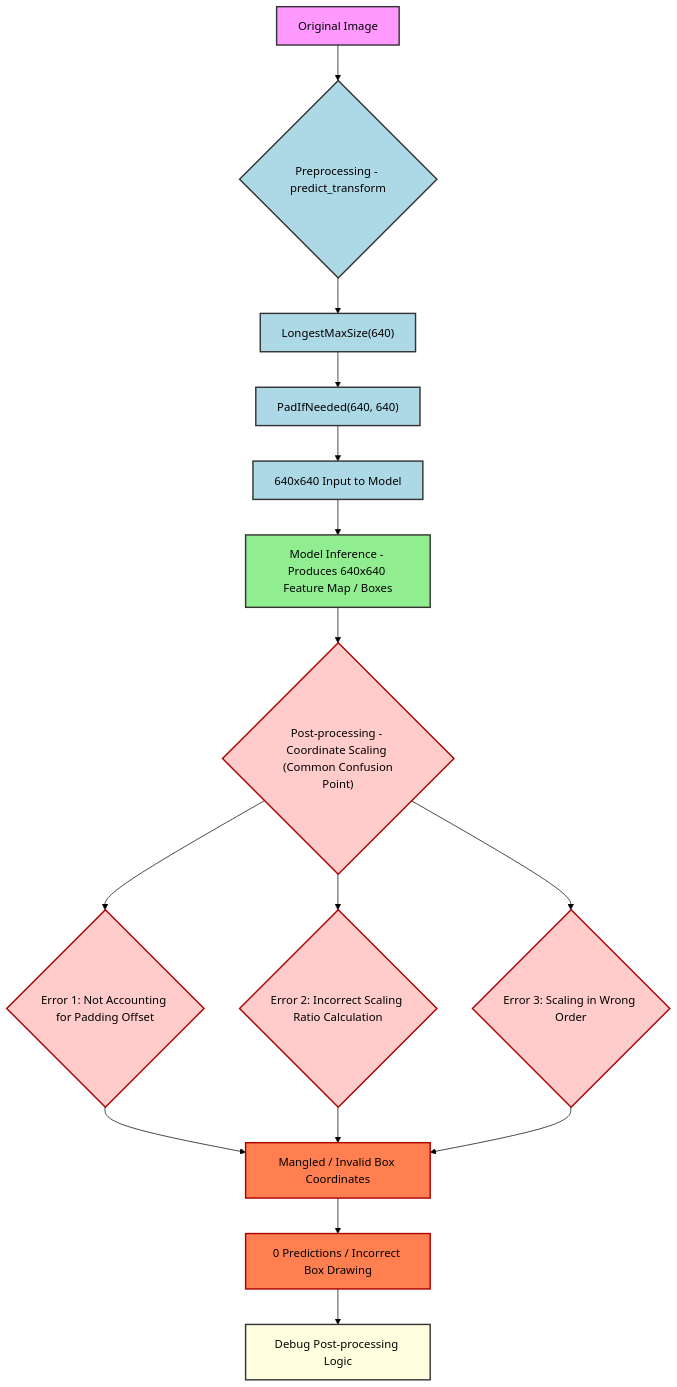
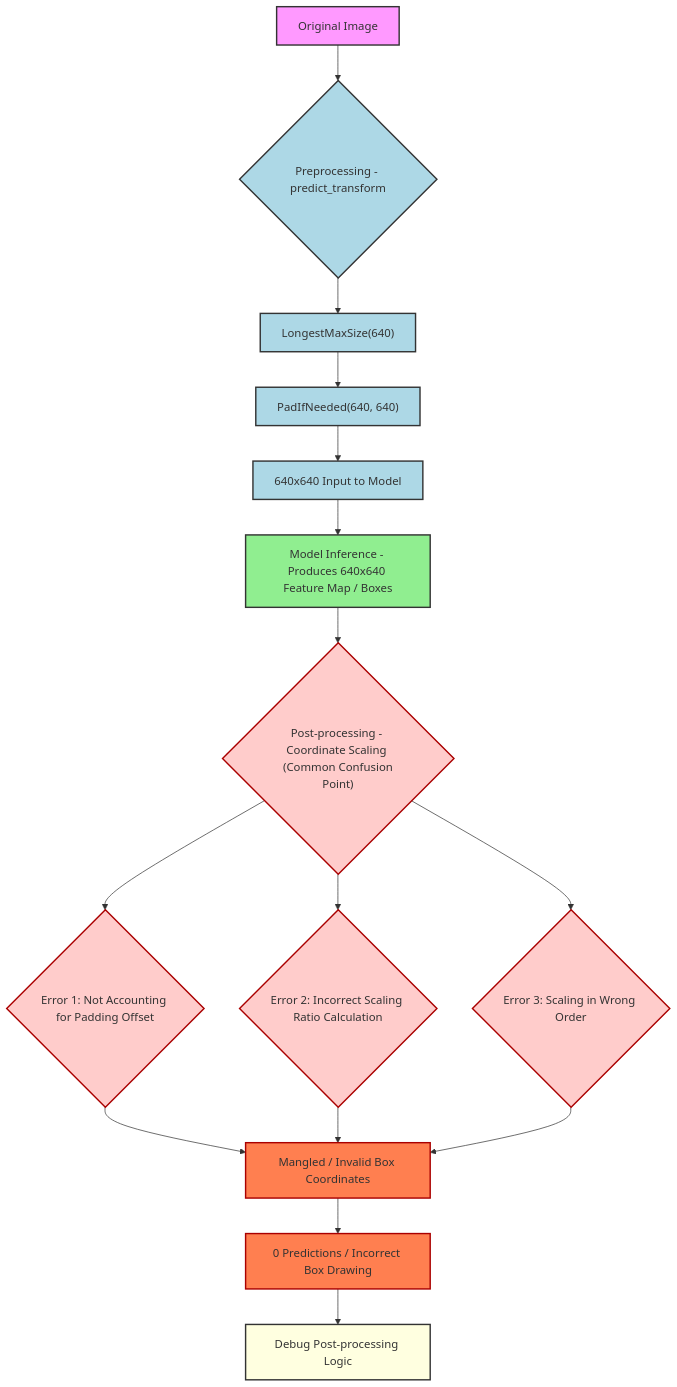
Before and after one commit to Wchoi189/upstageailab-ocr-recsys-competition-ocr-2: the diagram in docs/ai_handbook/03_references/architecture/diagrams/06_common_confusion_points.md, drawn with Mermaid. The commit also changed 152 other files, not shown here.

````diff
--- a/docs/ai_handbook/03_references/architecture/diagrams/06_common_confusion_points.md
+++ b/docs/ai_handbook/03_references/architecture/diagrams/06_common_confusion_points.md
@@ -1,36 +1,32 @@
 ```mermaid
----
-config:
-  theme: "forest"
----
 graph TD
     A[Original Image] --> B{Preprocessing - predict_transform};
     B --> B1["LongestMaxSize(640)"];
     B1 --> B2["PadIfNeeded(640, 640)"];
     B2 --> C[640x640 Input to Model];
     C --> D["Model Inference - Produces 640x640 Feature Map / Boxes"];
     D --> E{"Post-processing - Coordinate Scaling <br/> (Common Confusion Point)"};
     E --> F{"Error 1: Not Accounting for Padding Offset"};
     E --> G{"Error 2: Incorrect Scaling Ratio Calculation"};
     E --> H{"Error 3: Scaling in Wrong Order"};
     F --> I[Mangled / Invalid Box Coordinates];
     G --> I;
     H --> I;
     I --> J["0 Predictions / Incorrect Box Drawing"];
     J --> K[Debug Post-processing Logic];
 
     style A fill:#f9f,stroke:#333,stroke-width:2px;
     style B fill:#add8e6,stroke:#333,stroke-width:2px;
     style B1 fill:#add8e6,stroke:#333,stroke-width:2px;
     style B2 fill:#add8e6,stroke:#333,stroke-width:2px;
     style C fill:#add8e6,stroke:#333,stroke-width:2px;
     style D fill:#90ee90,stroke:#333,stroke-width:2px;
     style E fill:#ffcccb,stroke:#a00,stroke-width:2px;
     style F fill:#ffcccb,stroke:#a00,stroke-width:2px;
     style G fill:#ffcccb,stroke:#a00,stroke-width:2px;
     style H fill:#ffcccb,stroke:#a00,stroke-width:2px;
     style I fill:#ff7f50,stroke:#a00,stroke-width:2px;
     style J fill:#ff7f50,stroke:#a00,stroke-width:2px;
     style K fill:#ffffe0,stroke:#333,stroke-width:2px;
 
 ```
````
